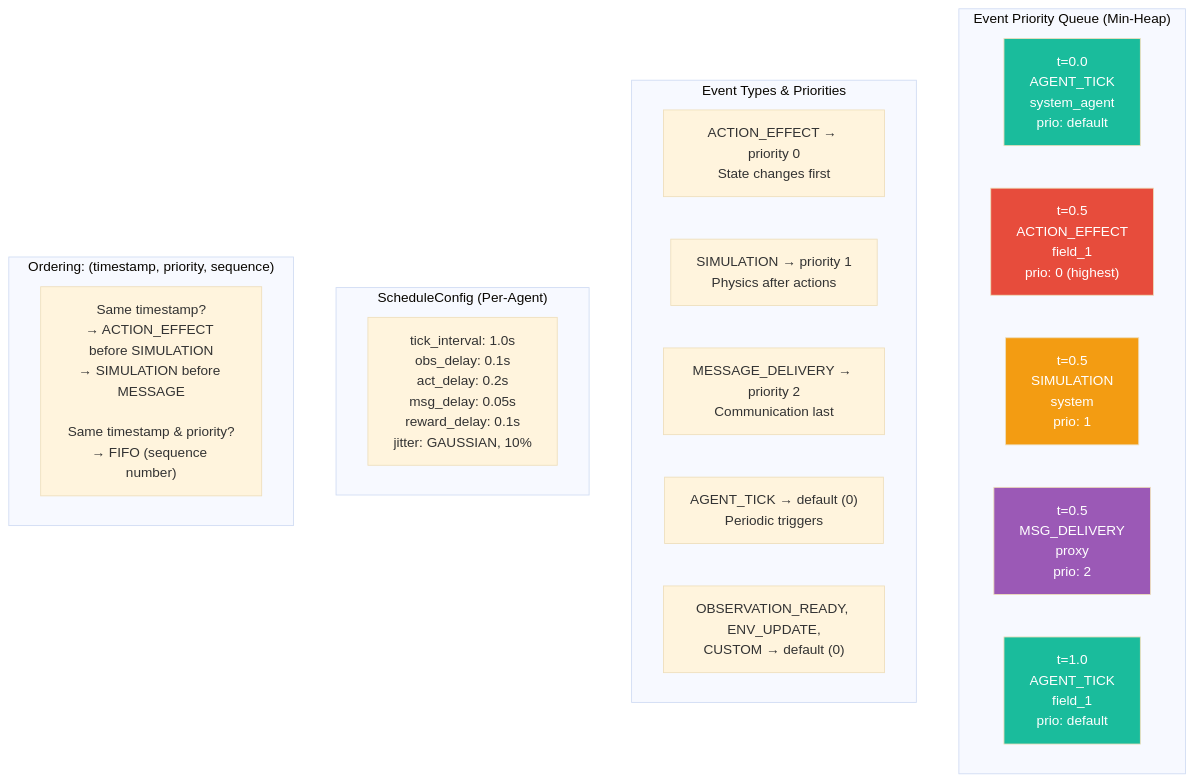
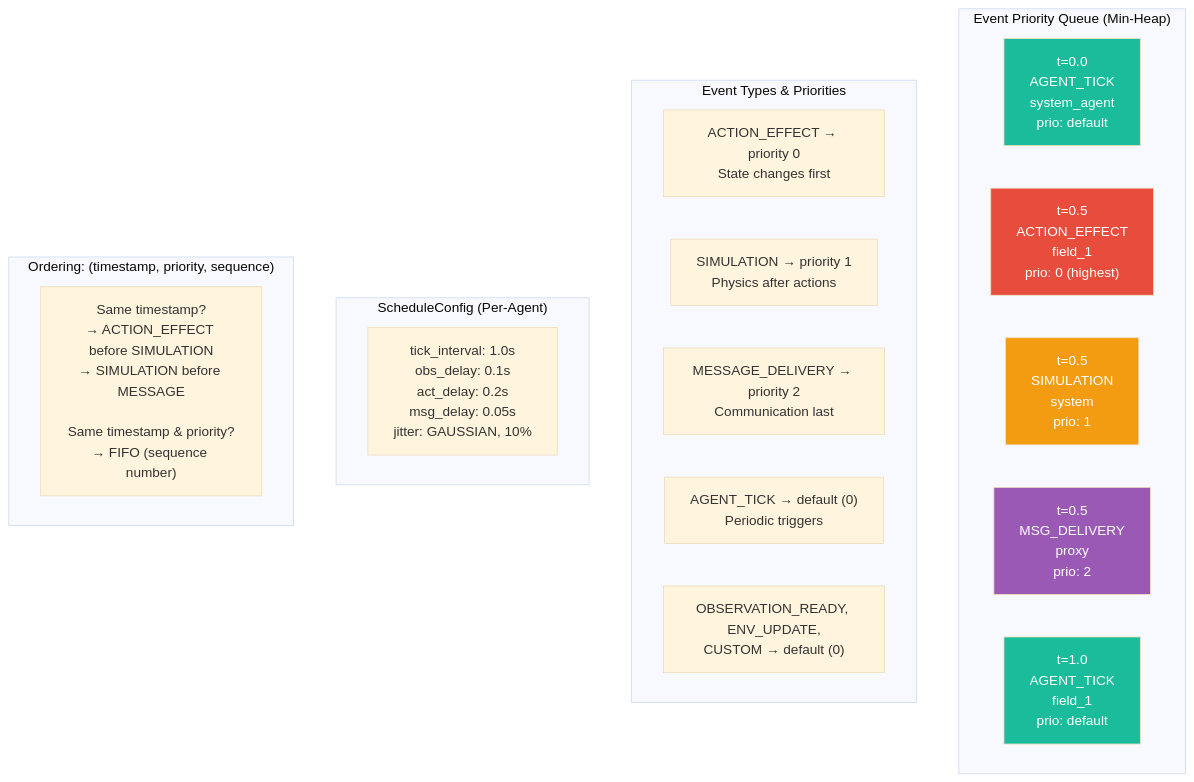
The ninth of 14 diagrams in docs/design/HERON_FLOW_DIAGRAMS.md (Criss-Wang/PowerGym), drawn with Mermaid (base theme) before and after one commit. The commit also changed other lines of this file and 21 other files, not shown here.

Commit message:
Remove reward_delay and subordinate_rewards mechanism

````diff
--- a/docs/design/HERON_FLOW_DIAGRAMS.md
+++ b/docs/design/HERON_FLOW_DIAGRAMS.md
@@ -518,33 +518,33 @@
 ```mermaid
 graph TB
     subgraph "Event Priority Queue (Min-Heap)"
         direction LR
         E1["t=0.0<br/>AGENT_TICK<br/>system_agent<br/>prio: default"]
         E2["t=0.5<br/>ACTION_EFFECT<br/>field_1<br/>prio: 0 (highest)"]
         E3["t=0.5<br/>SIMULATION<br/>system<br/>prio: 1"]
         E4["t=0.5<br/>MSG_DELIVERY<br/>proxy<br/>prio: 2"]
         E5["t=1.0<br/>AGENT_TICK<br/>field_1<br/>prio: default"]
     end
 
     subgraph "Event Types & Priorities"
         ET1["ACTION_EFFECT → priority 0<br/>State changes first"]
         ET2["SIMULATION → priority 1<br/>Physics after actions"]
         ET3["MESSAGE_DELIVERY → priority 2<br/>Communication last"]
         ET4["AGENT_TICK → default (0)<br/>Periodic triggers"]
         ET5["OBSERVATION_READY, ENV_UPDATE,<br/>CUSTOM → default (0)"]
     end
 
     subgraph "ScheduleConfig (Per-Agent)"
-        TC["tick_interval: 1.0s<br/>obs_delay: 0.1s<br/>act_delay: 0.2s<br/>msg_delay: 0.05s<br/>reward_delay: 0.1s<br/>jitter: GAUSSIAN, 10%"]
+        TC["tick_interval: 1.0s<br/>obs_delay: 0.1s<br/>act_delay: 0.2s<br/>msg_delay: 0.05s<br/>jitter: GAUSSIAN, 10%"]
     end
 
     subgraph "Ordering: (timestamp, priority, sequence)"
         ORD["Same timestamp?<br/>→ ACTION_EFFECT before SIMULATION<br/>→ SIMULATION before MESSAGE<br/><br/>Same timestamp & priority?<br/>→ FIFO (sequence number)"]
     end
 
     style E1 fill:#1abc9c,color:#fff
     style E2 fill:#e74c3c,color:#fff
     style E3 fill:#f39c12,color:#fff
     style E4 fill:#9b59b6,color:#fff
     style E5 fill:#1abc9c,color:#fff
 ```
````
